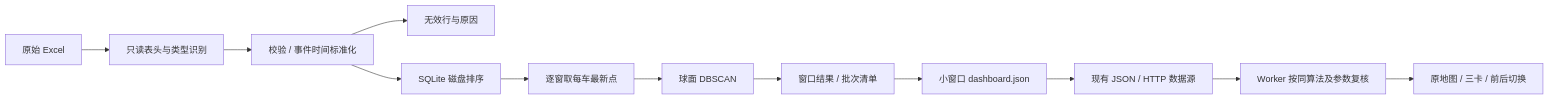
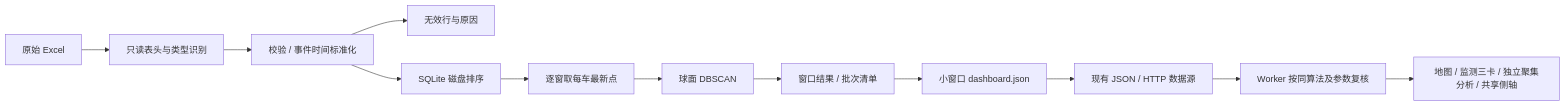
One commit to zpmdd/manes-dashboard changed the diagram in docs/daoyan-dbscan-integration.md. Above: the diagram before and after it, drawn with Mermaid. The commit also changed other lines of this file and 49 other files, not shown here.

````diff
--- a/docs/daoyan-dbscan-integration.md
+++ b/docs/daoyan-dbscan-integration.md
@@ -79,14 +79,14 @@
 ```mermaid
 flowchart LR
   A[原始 Excel] --> B[只读表头与类型识别]
   B --> C[校验 / 事件时间标准化]
   C --> R[无效行与原因]
   C --> D[SQLite 磁盘排序]
   D --> E[逐窗取每车最新点]
   E --> F[球面 DBSCAN]
   F --> G[窗口结果 / 批次清单]
   G --> H[小窗口 dashboard.json]
   H --> I[现有 JSON / HTTP 数据源]
   I --> J[Worker 按同算法及参数复核]
-  J --> K[原地图 / 三卡 / 前后切换]
+  J --> K[地图 / 监测三卡 / 独立聚集分析 / 共享侧轴]
 ```
````
